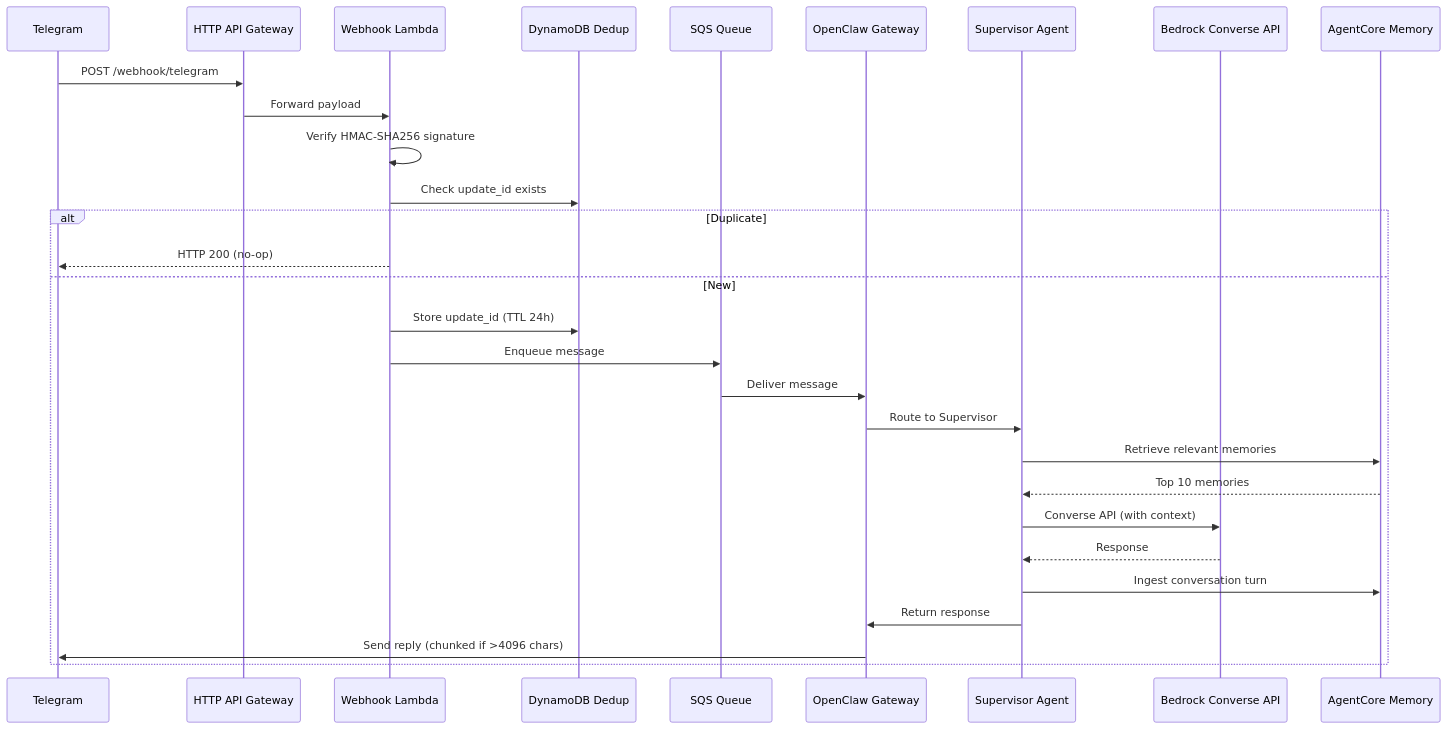
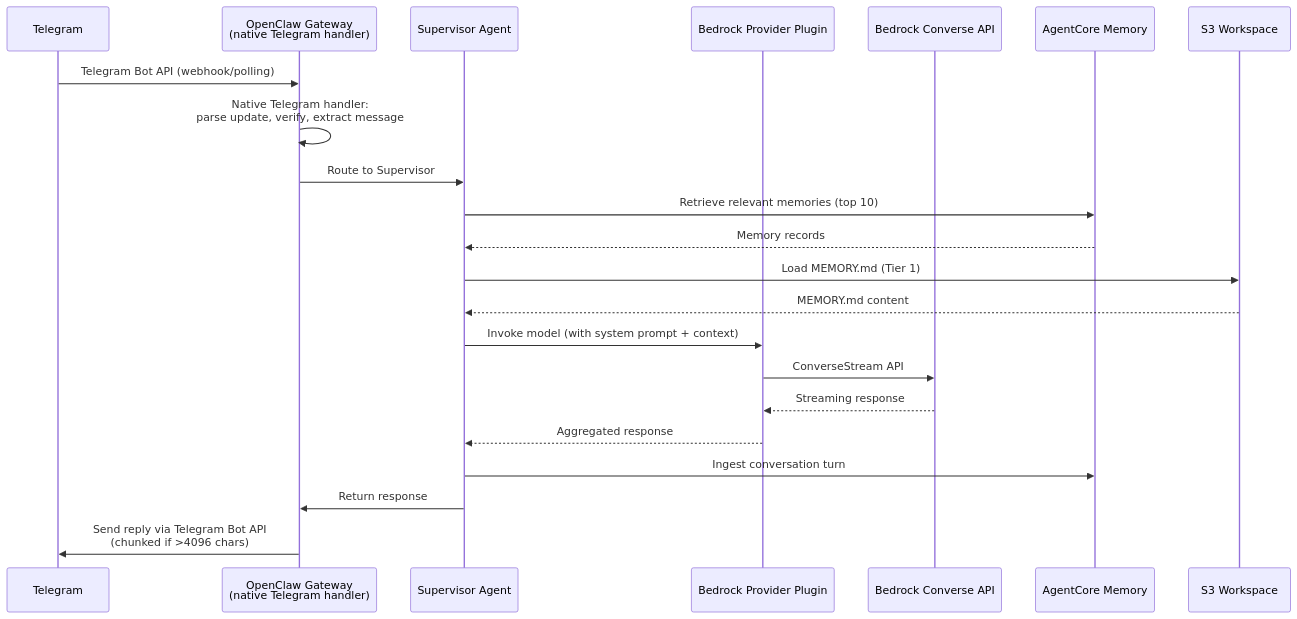
One commit to ForestPenland/openclaw changed the third of 3 diagrams in .kiro/specs/openclaw-aws-extension/design.md. Above: the diagram before and after it, drawn with Mermaid. The commit also changed other lines of this file and 4 other files, not shown here.

````diff
--- a/.kiro/specs/openclaw-aws-extension/design.md
+++ b/.kiro/specs/openclaw-aws-extension/design.md
@@ -151,32 +136,25 @@
 ```mermaid
 sequenceDiagram
     participant T as Telegram
-    participant APIGW as HTTP API Gateway
-    participant WH as Webhook Lambda
-    participant DEDUP as DynamoDB Dedup
-    participant SQS as SQS Queue
-    participant GW as OpenClaw Gateway
+    participant GW as OpenClaw Gateway<br/>(native Telegram handler)
     participant SUP as Supervisor Agent
-    participant BR as Bedrock Converse API
+    participant BR as Bedrock Provider Plugin
+    participant BED as Bedrock Converse API
     participant MEM as AgentCore Memory
+    participant S3 as S3 Workspace
 
-    T->>APIGW: POST /webhook/telegram
-    APIGW->>WH: Forward payload
-    WH->>WH: Verify HMAC-SHA256 signature
-    WH->>DEDUP: Check update_id exists
-    alt Duplicate
-        WH-->>T: HTTP 200 (no-op)
-    else New
-        WH->>DEDUP: Store update_id (TTL 24h)
-        WH->>SQS: Enqueue message
-        SQS->>GW: Deliver message
-        GW->>SUP: Route to Supervisor
-        SUP->>MEM: Retrieve relevant memories
-        MEM-->>SUP: Top 10 memories
-        SUP->>BR: Converse API (with context)
-        BR-->>SUP: Response
-        SUP->>MEM: Ingest conversation turn
-        SUP->>GW: Return response
-        GW->>T: Send reply (chunked if >4096 chars)
-    end
+    T->>GW: Telegram Bot API (webhook/polling)
+    GW->>GW: Native Telegram handler:<br/>parse update, verify, extract message
+    GW->>SUP: Route to Supervisor
+    SUP->>MEM: Retrieve relevant memories (top 10)
+    MEM-->>SUP: Memory records
+    SUP->>S3: Load MEMORY.md (Tier 1)
+    S3-->>SUP: MEMORY.md content
+    SUP->>BR: Invoke model (with system prompt + context)
+    BR->>BED: ConverseStream API
+    BED-->>BR: Streaming response
+    BR-->>SUP: Aggregated response
+    SUP->>MEM: Ingest conversation turn
+    SUP->>GW: Return response
+    GW->>T: Send reply via Telegram Bot API<br/>(chunked if >4096 chars)
 ```
````
